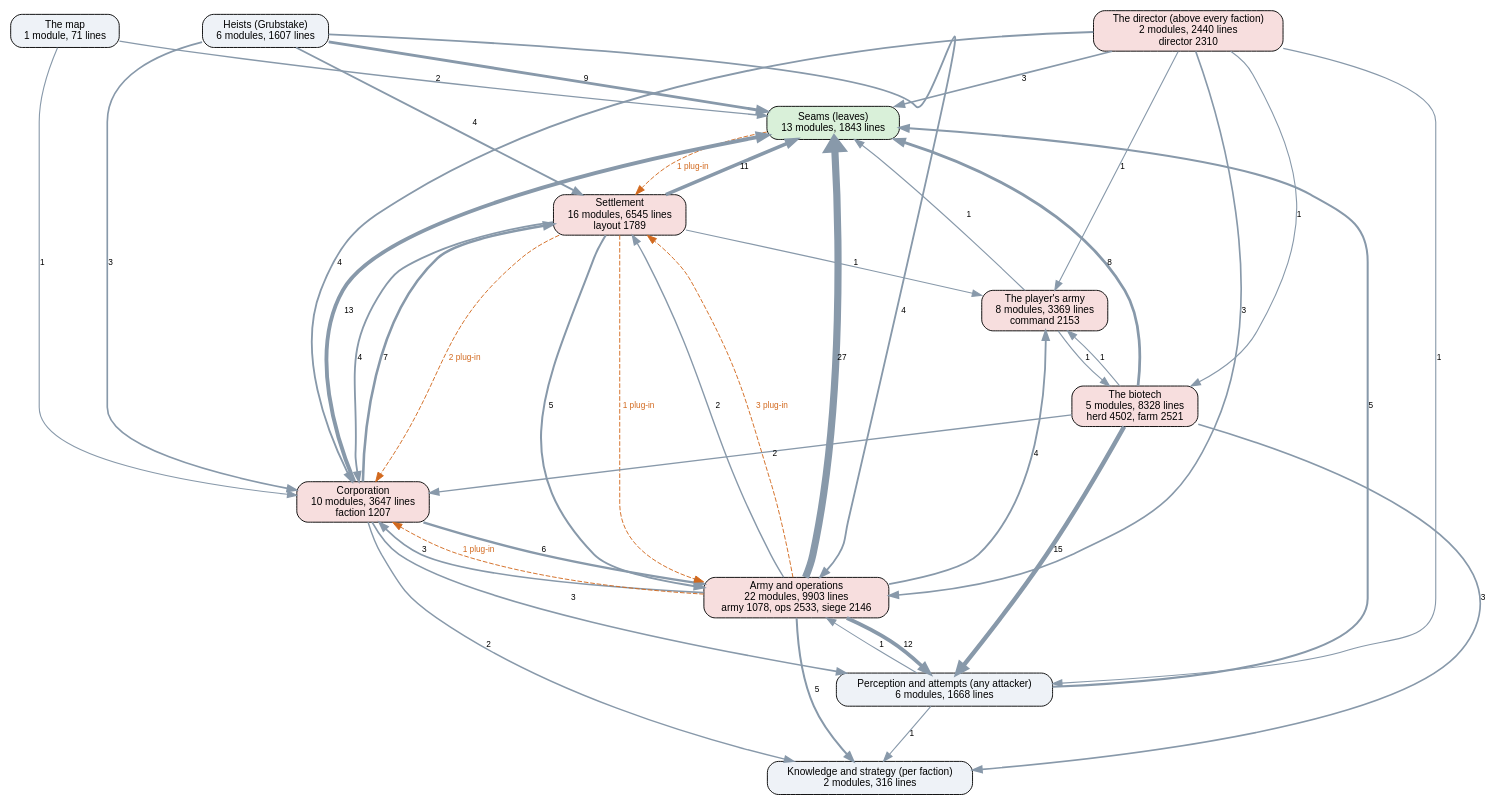
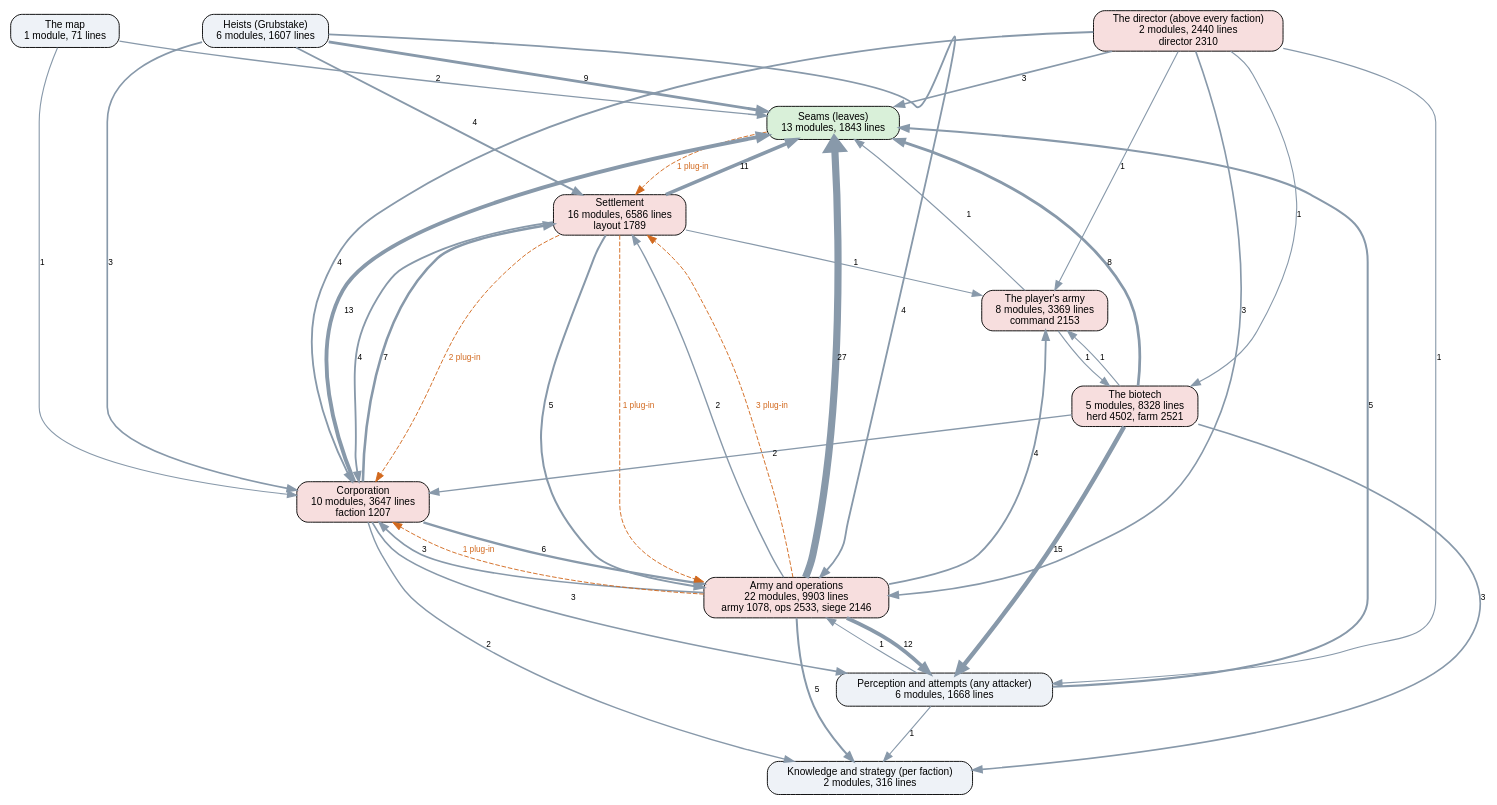
One commit to kinelhu/landing-party changed the diagram in docs/ai-layers.dot. Above: the diagram before and after it, drawn with Graphviz. The commit also changed 13 other files, not shown here.

```diff
--- a/docs/ai-layers.dot
+++ b/docs/ai-layers.dot
@@ -1,58 +1,58 @@
 digraph layers {
   graph [rankdir=TB, fontname="Helvetica", nodesep=0.5, ranksep=0.7];
   node [shape=box, style="rounded,filled", fontname="Helvetica", fontsize=11, fillcolor="#eef2f7"];
   edge [color="#8899aa", fontname="Helvetica", fontsize=9];
   "Seams (leaves)" [label="Seams (leaves)\n13 modules, 1843 lines", fillcolor="#d9f0d9"];
   "Perception and attempts (any attacker)" [label="Perception and attempts (any attacker)\n6 modules, 1668 lines", fillcolor="#eef2f7"];
   "Knowledge and strategy (per faction)" [label="Knowledge and strategy (per faction)\n2 modules, 316 lines", fillcolor="#eef2f7"];
   "The director (above every faction)" [label="The director (above every faction)\n2 modules, 2440 lines\ndirector 2310", fillcolor="#f7dede"];
   "Corporation" [label="Corporation\n10 modules, 3647 lines\nfaction 1207", fillcolor="#f7dede"];
-  "Settlement" [label="Settlement\n16 modules, 6545 lines\nlayout 1789", fillcolor="#f7dede"];
+  "Settlement" [label="Settlement\n16 modules, 6586 lines\nlayout 1789", fillcolor="#f7dede"];
   "Army and operations" [label="Army and operations\n22 modules, 9903 lines\narmy 1078, ops 2533, siege 2146", fillcolor="#f7dede"];
   "Heists (Grubstake)" [label="Heists (Grubstake)\n6 modules, 1607 lines", fillcolor="#eef2f7"];
   "The biotech" [label="The biotech\n5 modules, 8328 lines\nherd 4502, farm 2521", fillcolor="#f7dede"];
   "The map" [label="The map\n1 module, 71 lines", fillcolor="#eef2f7"];
   "The player's army" [label="The player's army\n8 modules, 3369 lines\ncommand 2153", fillcolor="#f7dede"];
   "Army and operations" -> "Corporation" [label="3", penwidth=1.8];
   "Army and operations" -> "Knowledge and strategy (per faction)" [label="5", penwidth=2.2];
   "Army and operations" -> "Perception and attempts (any attacker)" [label="12", penwidth=4.0];
   "Army and operations" -> "Seams (leaves)" [label="27", penwidth=7.8];
   "Army and operations" -> "Settlement" [label="2", penwidth=1.5];
   "Army and operations" -> "The player's army" [label="4", penwidth=2.0];
   "Corporation" -> "Army and operations" [label="6", penwidth=2.5];
   "Corporation" -> "Knowledge and strategy (per faction)" [label="2", penwidth=1.5];
   "Corporation" -> "Perception and attempts (any attacker)" [label="3", penwidth=1.8];
   "Corporation" -> "Seams (leaves)" [label="13", penwidth=4.2];
   "Corporation" -> "Settlement" [label="7", penwidth=2.8];
   "Heists (Grubstake)" -> "Army and operations" [label="4", penwidth=2.0];
   "Heists (Grubstake)" -> "Corporation" [label="3", penwidth=1.8];
   "Heists (Grubstake)" -> "Seams (leaves)" [label="9", penwidth=3.2];
   "Heists (Grubstake)" -> "Settlement" [label="4", penwidth=2.0];
   "Perception and attempts (any attacker)" -> "Army and operations" [label="1", penwidth=1.2];
   "Perception and attempts (any attacker)" -> "Knowledge and strategy (per faction)" [label="1", penwidth=1.2];
   "Perception and attempts (any attacker)" -> "Seams (leaves)" [label="5", penwidth=2.2];
   "Settlement" -> "Army and operations" [label="5", penwidth=2.2];
   "Settlement" -> "Corporation" [label="4", penwidth=2.0];
   "Settlement" -> "Seams (leaves)" [label="11", penwidth=3.8];
   "Settlement" -> "The player's army" [label="1", penwidth=1.2];
   "The biotech" -> "Corporation" [label="2", penwidth=1.5];
   "The biotech" -> "Knowledge and strategy (per faction)" [label="3", penwidth=1.8];
   "The biotech" -> "Perception and attempts (any attacker)" [label="15", penwidth=4.8];
   "The biotech" -> "Seams (leaves)" [label="8", penwidth=3.0];
   "The biotech" -> "The player's army" [label="1", penwidth=1.2];
   "The director (above every faction)" -> "Army and operations" [label="3", penwidth=1.8];
   "The director (above every faction)" -> "Corporation" [label="4", penwidth=2.0];
   "The director (above every faction)" -> "Perception and attempts (any attacker)" [label="1", penwidth=1.2];
   "The director (above every faction)" -> "Seams (leaves)" [label="3", penwidth=1.8];
   "The director (above every faction)" -> "The biotech" [label="1", penwidth=1.2];
   "The director (above every faction)" -> "The player's army" [label="1", penwidth=1.2];
   "The map" -> "Corporation" [label="1", penwidth=1.2];
   "The map" -> "Seams (leaves)" [label="2", penwidth=1.5];
   "The player's army" -> "Seams (leaves)" [label="1", penwidth=1.2];
   "The player's army" -> "The biotech" [label="1", penwidth=1.2];
   "Army and operations" -> "Corporation" [style=dashed, color="#d2691e", fontcolor="#d2691e", label="1 plug-in"];
   "Army and operations" -> "Settlement" [style=dashed, color="#d2691e", fontcolor="#d2691e", label="3 plug-in"];
   "Seams (leaves)" -> "Settlement" [style=dashed, color="#d2691e", fontcolor="#d2691e", label="1 plug-in"];
   "Settlement" -> "Army and operations" [style=dashed, color="#d2691e", fontcolor="#d2691e", label="1 plug-in"];
   "Settlement" -> "Corporation" [style=dashed, color="#d2691e", fontcolor="#d2691e", label="2 plug-in"];
 }
```
